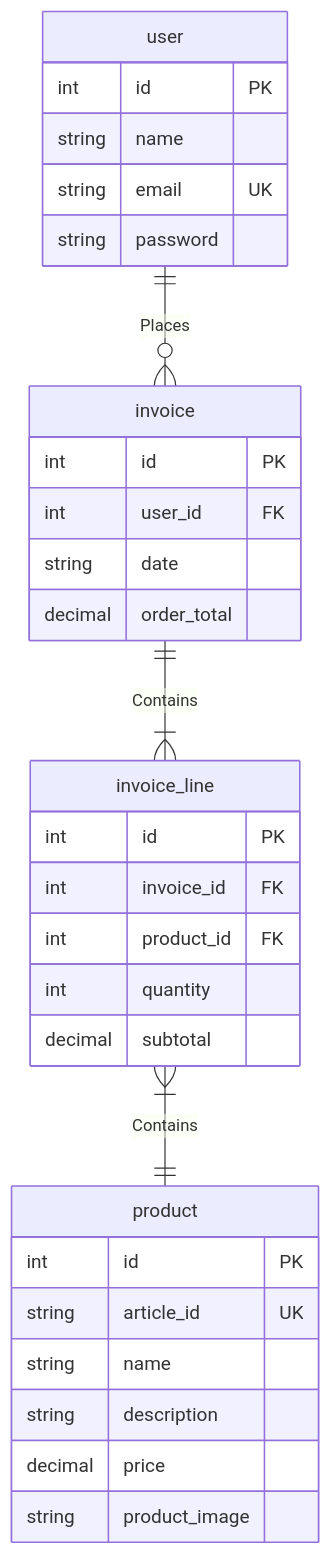
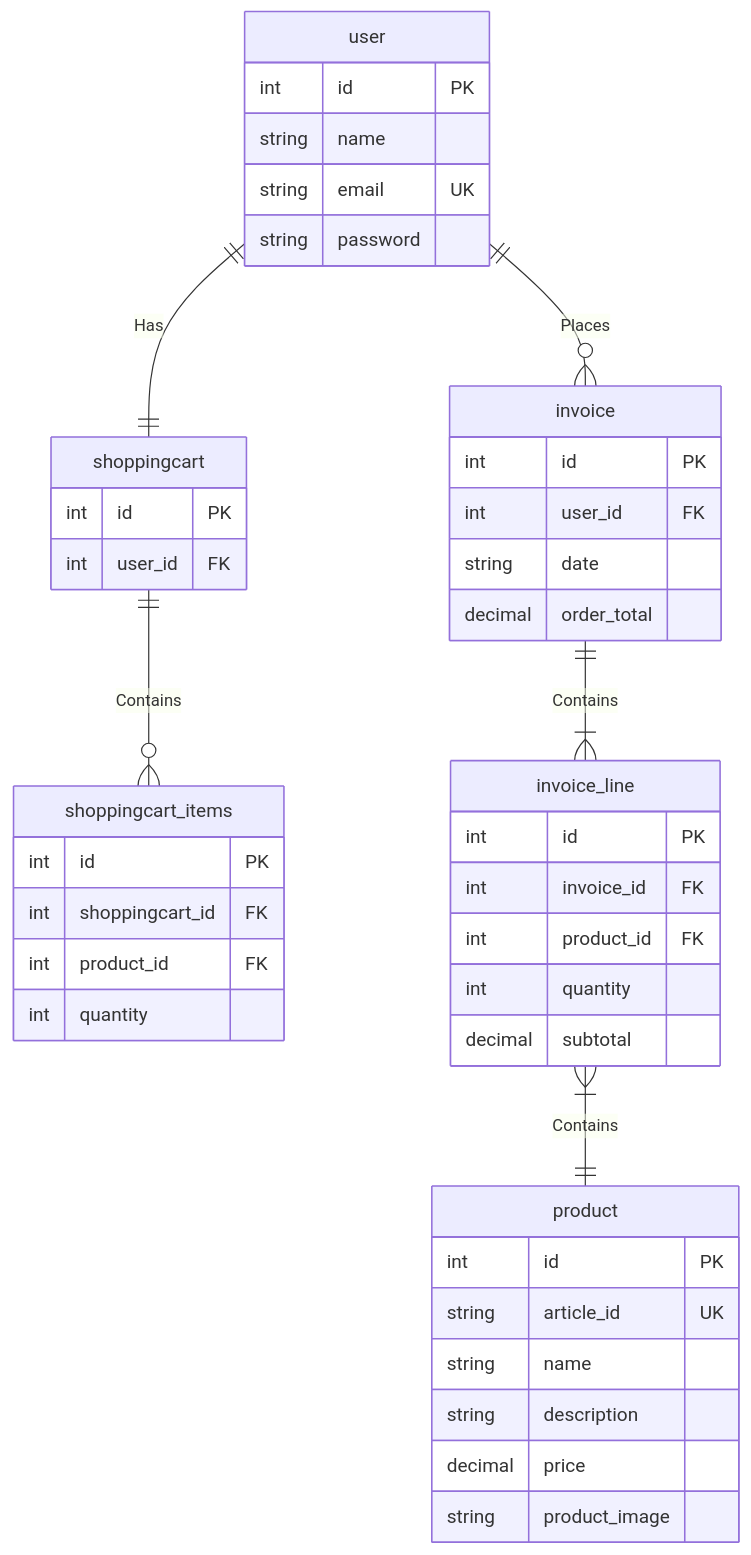
One commit to frankkruidhofeducom/educom-webshop-database-1726752626 changed the diagram in Diagrams/ERD.md. Above: the diagram before and after it, drawn with Mermaid.

Commit message:
ERD bijgewerkt met shoppingcart en shoppingcart_items

````diff
--- a/Diagrams/ERD.md
+++ b/Diagrams/ERD.md
@@ -1,37 +1,51 @@
 ```mermaid
 erDiagram
     user ||--o{ invoice : Places
+    user ||--|| shoppingcart : Has
     user {
         int    id        PK
         string name
         string email     UK
         string password
+    }
+
+    shoppingcart {
+        int id         PK
+        int user_id    FK
+    }
+
+    shoppingcart ||--o{ shoppingcart_items : Contains
+    shoppingcart_items {
+        int id              PK
+        int shoppingcart_id FK
+        int product_id      FK
+        int quantity
     }
     
     invoice ||--|{ invoice_line : Contains
     invoice {
         int    id                PK
         int    user_id           FK
         string date
         decimal order_total 
     }
 
     invoice_line }|--|| product : Contains
     invoice_line {
         int        id            PK
         int        invoice_id    FK
         int        product_id    FK
         int        quantity
         decimal    subtotal 
 }
 
     product {
         int     id            PK
         string  article_id    UK
         string  name
         string  description
         decimal price
         string  product_image
     }
         
 ```
````
